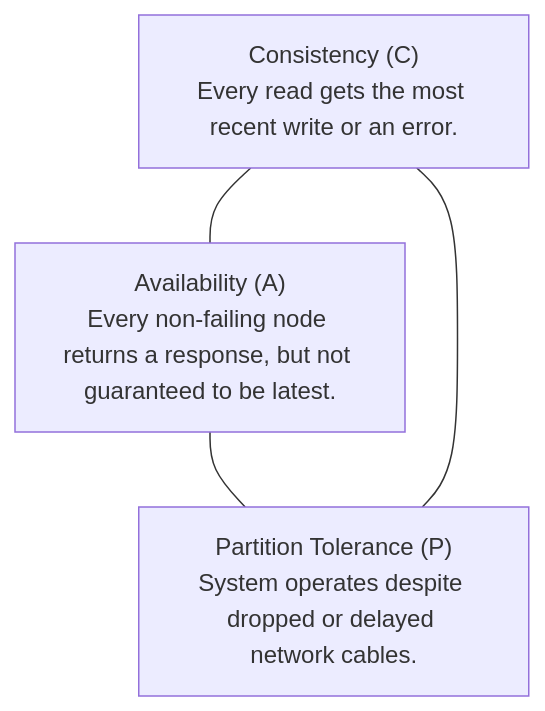
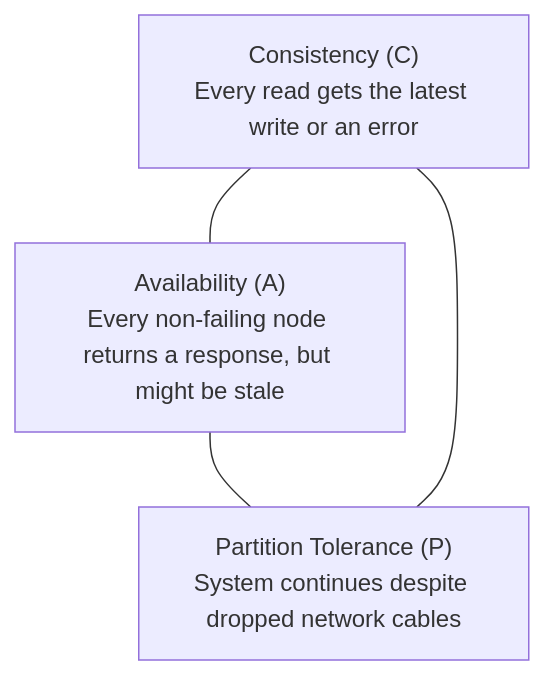
One commit to Sujalkathait/high-level-design changed diagram 20 of 22 in README.md. Above: the diagram before and after it, drawn with Mermaid. The commit also changed other lines of this file, not shown here.

Commit message:
docs: implement strict 22-section architectural framework across core HLD topics in simple English

````diff
--- a/README.md
+++ b/README.md
@@ -670,10 +800,10 @@
 ```mermaid
 graph TD
-    C["Consistency (C)\nEvery read gets the most recent write or an error."]
-    A["Availability (A)\nEvery non-failing node returns a response, but not guaranteed to be latest."]
-    P["Partition Tolerance (P)\nSystem operates despite dropped or delayed network cables."]
+    C["Consistency (C)\nEvery read gets the latest write or an error"]
+    A["Availability (A)\nEvery non-failing node returns a response, but might be stale"]
+    P["Partition Tolerance (P)\nSystem continues despite dropped network cables"]
 
     C --- A
     A --- P
     P --- C
 ```
````
